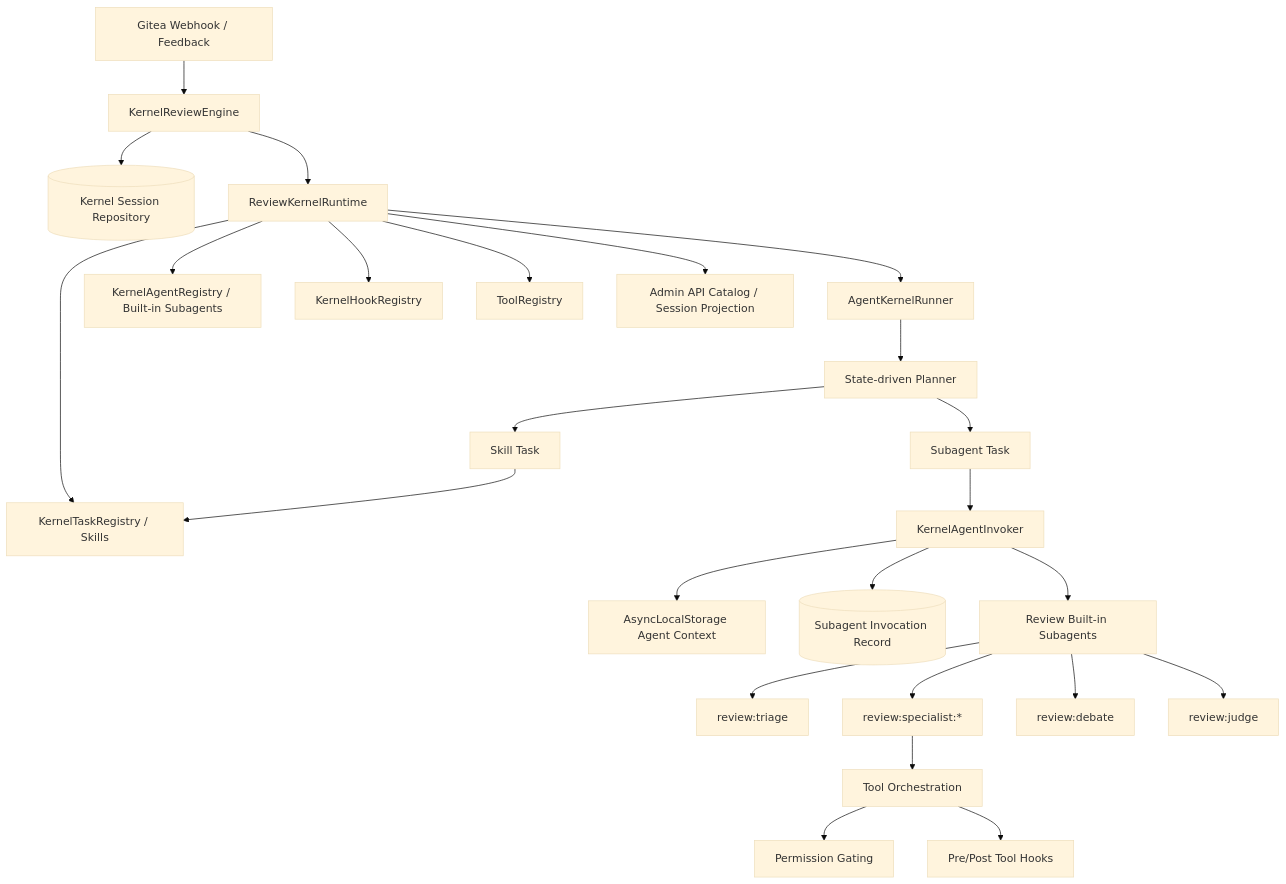
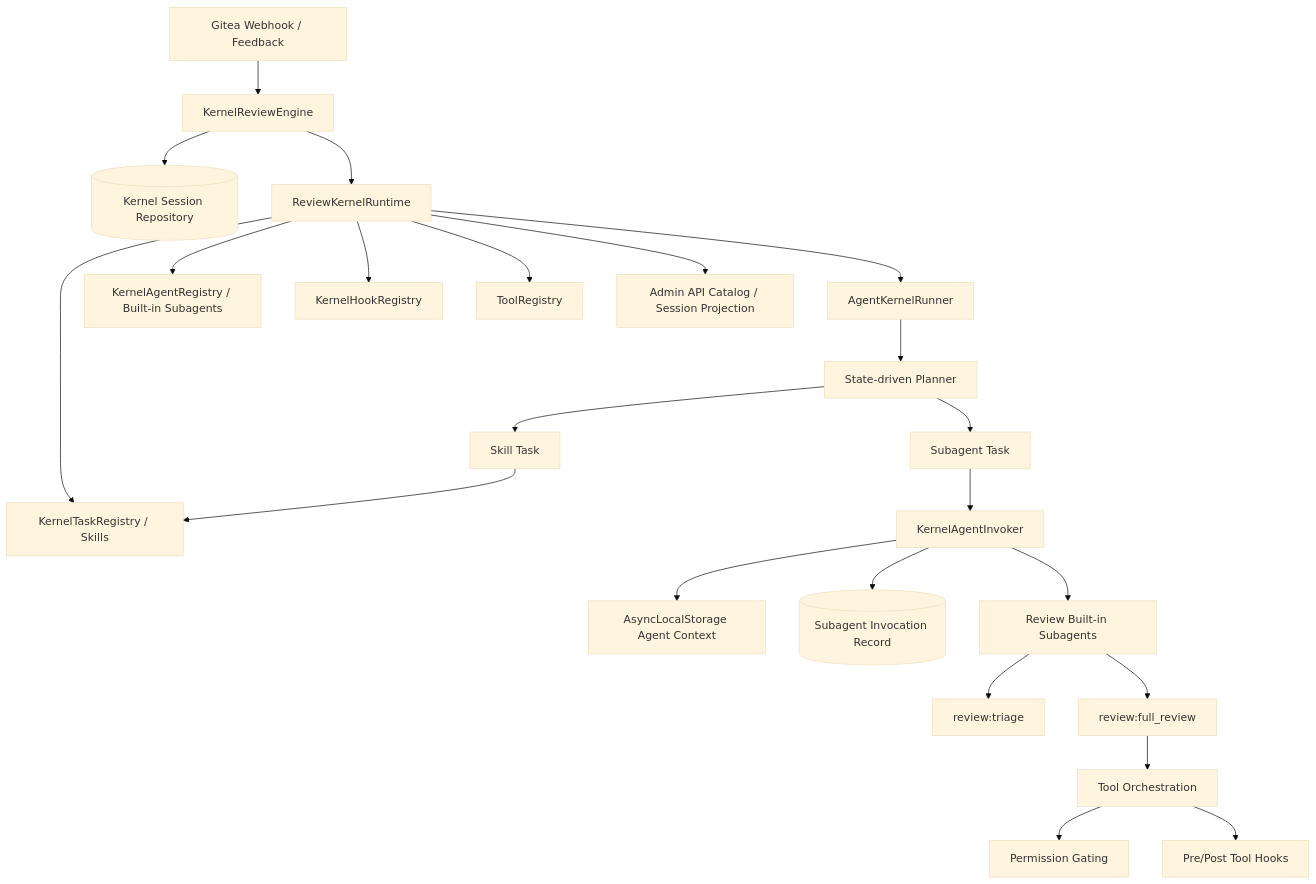
The first of 7 diagrams in docs/design/kernel-built-in-agents.md (jeffusion/gitea-ai-assistant), drawn with Mermaid (base theme) before and after one commit. The commit also changed other lines of this file and 8 other files, not shown here.

Commit message:
refactor(review): remove domain specialist review path

````diff
--- a/docs/design/kernel-built-in-agents.md
+++ b/docs/design/kernel-built-in-agents.md
@@ -127,33 +126,31 @@
 ```mermaid
 flowchart TB
   Webhook[Gitea Webhook / Feedback] --> Engine[KernelReviewEngine]
   Engine --> Session[(Kernel Session Repository)]
   Engine --> Runtime[ReviewKernelRuntime]
 
   Runtime --> Runner[AgentKernelRunner]
   Runtime --> SkillRegistry[KernelTaskRegistry / Skills]
   Runtime --> AgentRegistry[KernelAgentRegistry / Built-in Subagents]
   Runtime --> HookRegistry[KernelHookRegistry]
   Runtime --> ToolRegistry[ToolRegistry]
 
   Runner --> Planner[State-driven Planner]
   Planner --> SkillTask[Skill Task]
   Planner --> SubagentTask[Subagent Task]
 
   SkillTask --> SkillRegistry
   SubagentTask --> Invoker[KernelAgentInvoker]
   Invoker --> AgentContext[AsyncLocalStorage Agent Context]
   Invoker --> Invocation[(Subagent Invocation Record)]
   Invoker --> Builtins[Review Built-in Subagents]
 
   Builtins --> Triage[review:triage]
-  Builtins --> Specialists[review:specialist:*]
-  Builtins --> Debate[review:debate]
-  Builtins --> Judge[review:judge]
+  Builtins --> FullReview[review:full_review]
 
-  Specialists --> ToolOrchestration[Tool Orchestration]
+  FullReview --> ToolOrchestration[Tool Orchestration]
   ToolOrchestration --> Permission[Permission Gating]
   ToolOrchestration --> Hooks[Pre/Post Tool Hooks]
 
   Runtime --> AdminAPI[Admin API Catalog / Session Projection]
 ```
````
